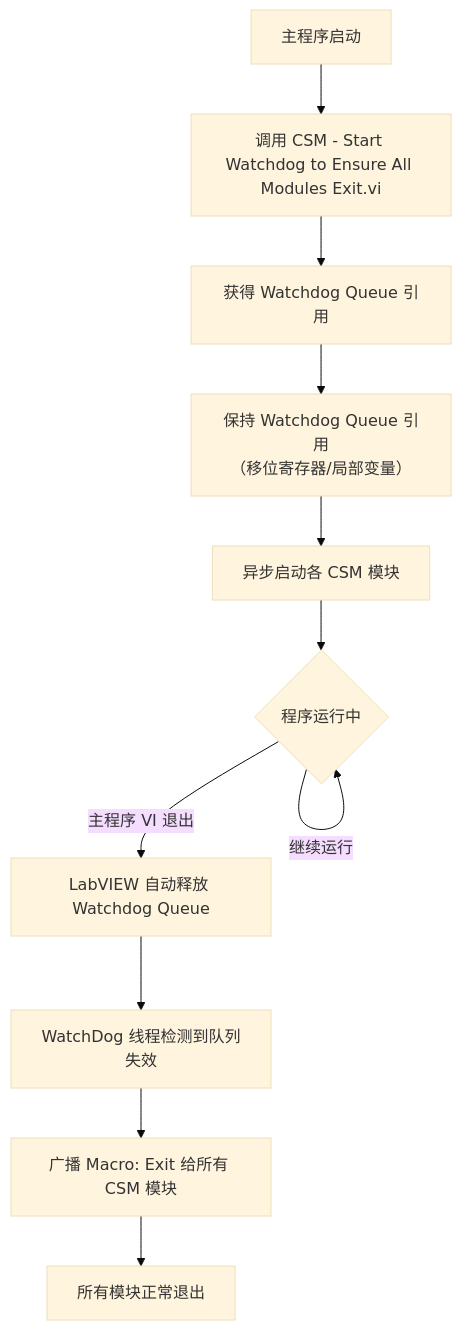
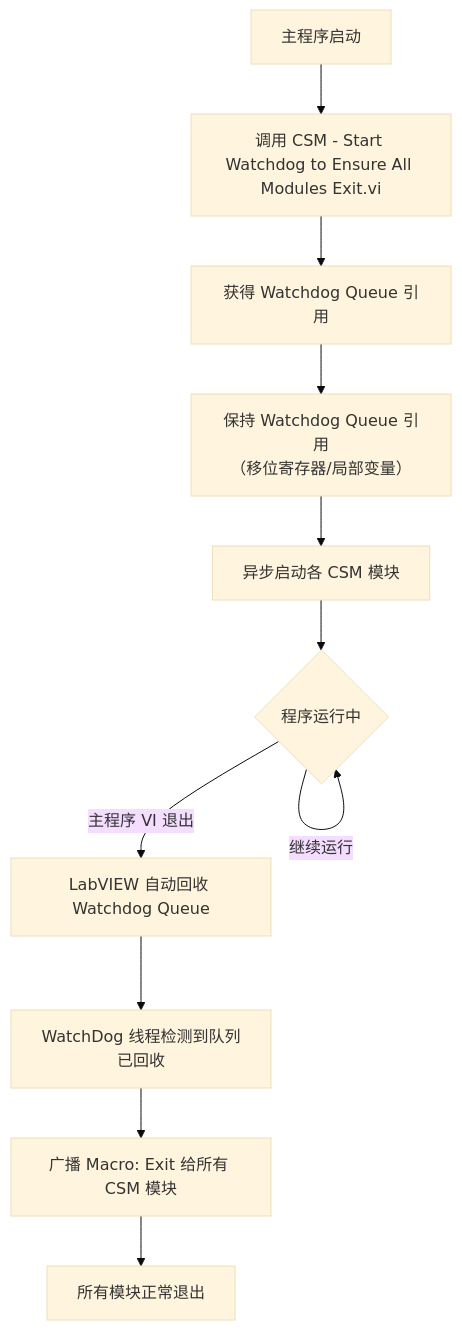
One commit to NEVSTOP-LAB/CSM-Wiki changed the second of 2 diagrams in docs/plugins/watchdog.md. Above: the diagram before and after it, drawn with Mermaid (base theme). The commit also changed other lines of this file, not shown here.

Commit message:
Update watchdog.md based on PR review feedback

````diff
--- a/docs/plugins/watchdog.md
+++ b/docs/plugins/watchdog.md
@@ -74,13 +69,13 @@
 ```mermaid
 flowchart TD
     A[主程序启动] --> B["调用 CSM - Start Watchdog to Ensure All Modules Exit.vi"]
     B --> C[获得 Watchdog Queue 引用]
     C --> D[保持 Watchdog Queue 引用\n（移位寄存器/局部变量）]
     D --> E[异步启动各 CSM 模块]
     E --> F{程序运行中}
     F -->|继续运行| F
-    F -->|主程序 VI 退出| G[LabVIEW 自动释放 Watchdog Queue]
-    G --> H[WatchDog 线程检测到队列失效]
+    F -->|主程序 VI 退出| G[LabVIEW 自动回收 Watchdog Queue]
+    G --> H[WatchDog 线程检测到队列已回收]
     H --> I["广播 Macro: Exit 给所有 CSM 模块"]
     I --> J[所有模块正常退出]
 ```
````
